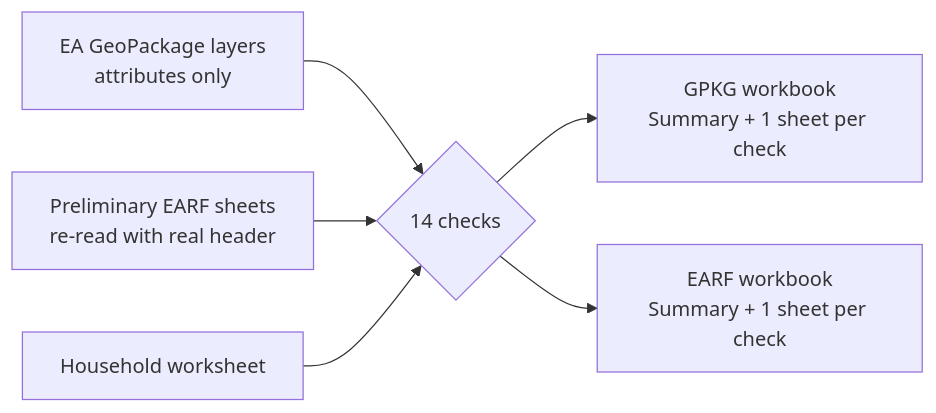
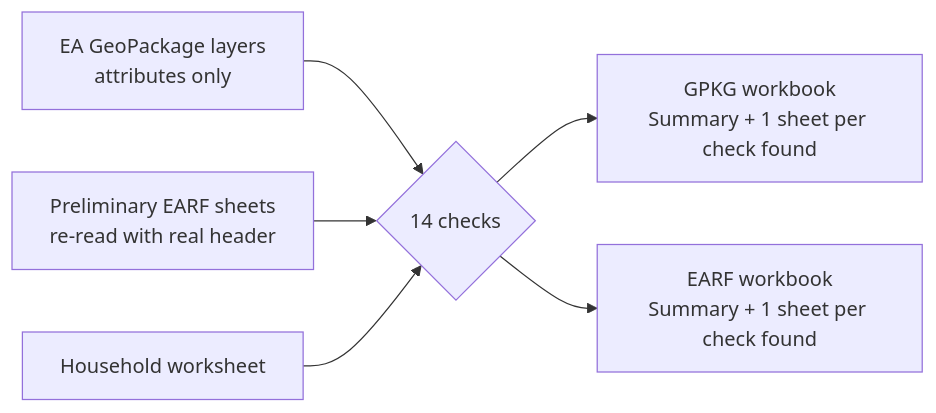
One commit to GMD-Repository/GMD_COProcessing changed the diagram in docs/tools/test_earf_inconsistency.md. Above: the diagram before and after it, drawn with Mermaid. The commit also changed other lines of this file and 1 other file, not shown here.

Commit message:
feat: add tool for EARF inconsistency checks and validation reporting

````diff
--- a/docs/tools/test_earf_inconsistency.md
+++ b/docs/tools/test_earf_inconsistency.md
@@ -27,8 +27,8 @@
 ```mermaid
 flowchart LR
   G[EA GeoPackage layers<br/>attributes only] --> C{14 checks}
   E[Preliminary EARF sheets<br/>re-read with real header] --> C
   H[Household worksheet] --> C
-  C --> W1["GPKG workbook<br/>Summary + 1 sheet per check"]
-  C --> W2["EARF workbook<br/>Summary + 1 sheet per check"]
+  C --> W1["GPKG workbook<br/>Summary + 1 sheet per check found"]
+  C --> W2["EARF workbook<br/>Summary + 1 sheet per check found"]
 ```
````
